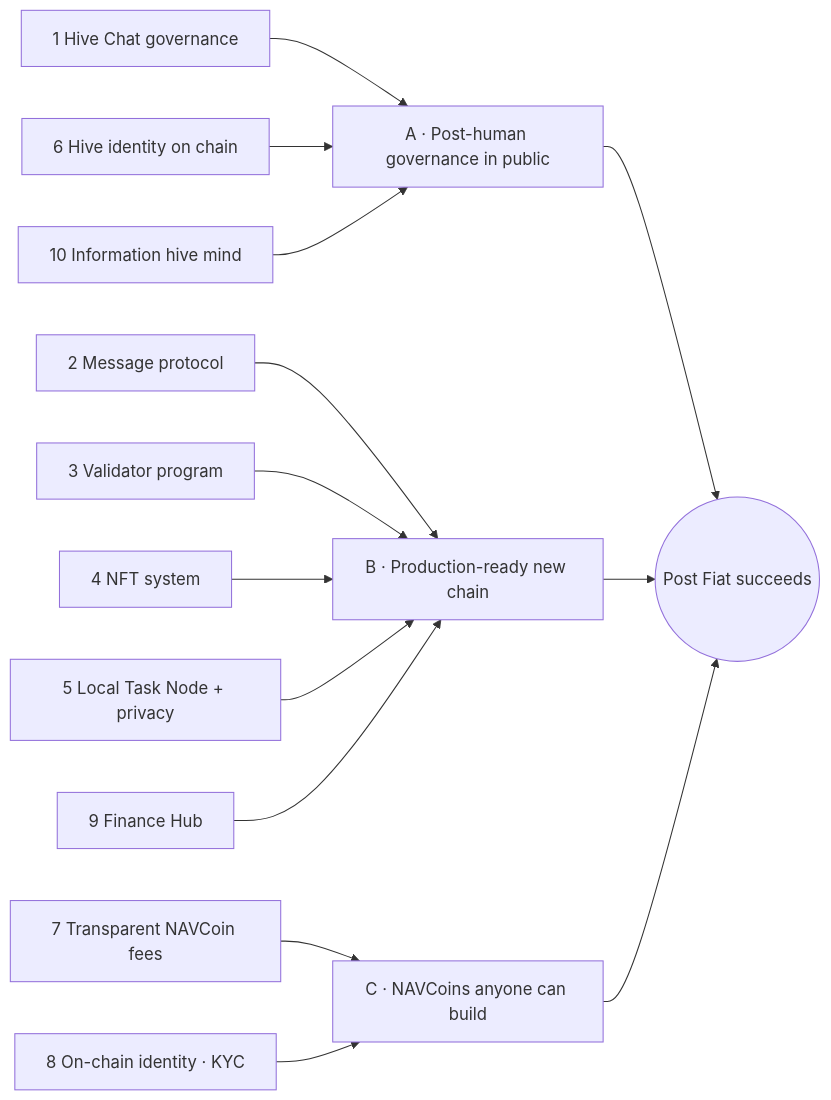
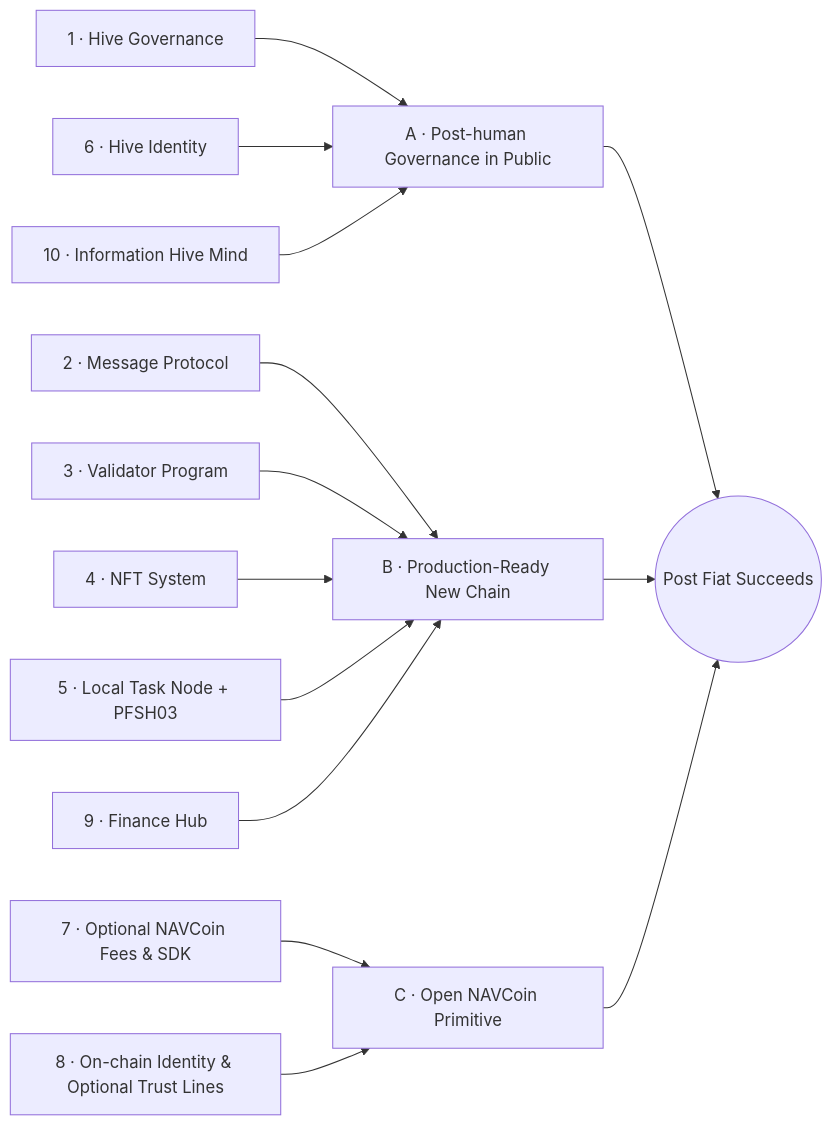
One commit to postfiatorg/postfiatl1v2 changed the first of 2 diagrams in big_milestone/README.md. Above: the diagram before and after it, drawn with Mermaid. The commit also changed other lines of this file and 45 other files, not shown here.

````diff
--- a/big_milestone/README.md
+++ b/big_milestone/README.md
@@ -27,17 +19,16 @@
 ```mermaid
 flowchart LR
-    P1[1 Hive Chat governance] --> A
-    P6[6 Hive identity on chain] --> A
-    P10[10 Information hive mind] --> A
-    P2[2 Message protocol] --> B
-    P3[3 Validator program] --> B
-    P4[4 NFT system] --> B
-    P5[5 Local Task Node + privacy] --> B
-    P7[7 Transparent NAVCoin fees] --> C
-    P8[8 On-chain identity · KYC] --> C
-    P9[9 Finance Hub] --> B
-    A[A · Post-human governance in public] --> S
-    B[B · Production-ready new chain] --> S
-    C[C · NAVCoins anyone can build] --> S
-    S((Post Fiat succeeds))
+    P1[1 · Hive Governance] --> A
+    P6[6 · Hive Identity] --> A
+    P10[10 · Information Hive Mind] --> A
+    P2[2 · Message Protocol] --> B
+    P3[3 · Validator Program] --> B
+    P4[4 · NFT System] --> B
+    P5[5 · Local Task Node + PFSH03] --> B
+    P9[9 · Finance Hub] --> B
+    P7[7 · Optional NAVCoin Fees & SDK] --> C
+    P8[8 · On-chain Identity & Optional Trust Lines] --> C
+    A[A · Post-human Governance in Public] --> S((Post Fiat Succeeds))
+    B[B · Production-Ready New Chain] --> S
+    C[C · Open NAVCoin Primitive] --> S
 ```
````
